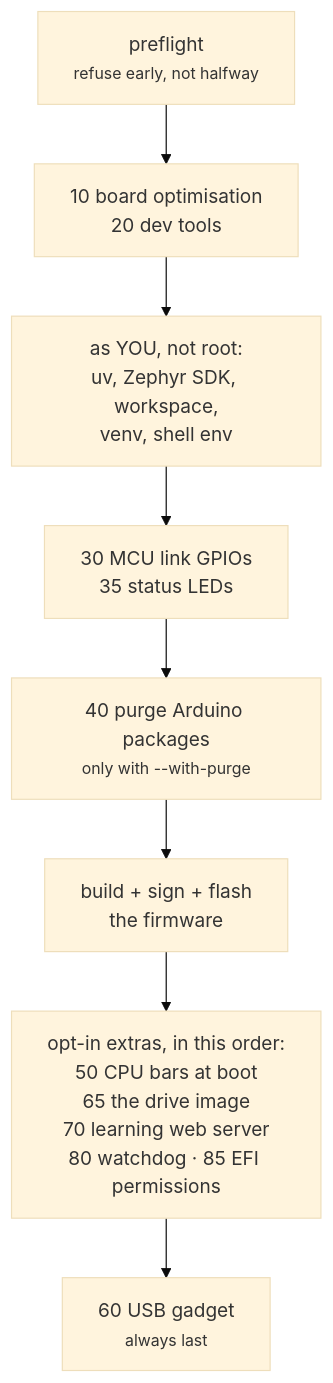
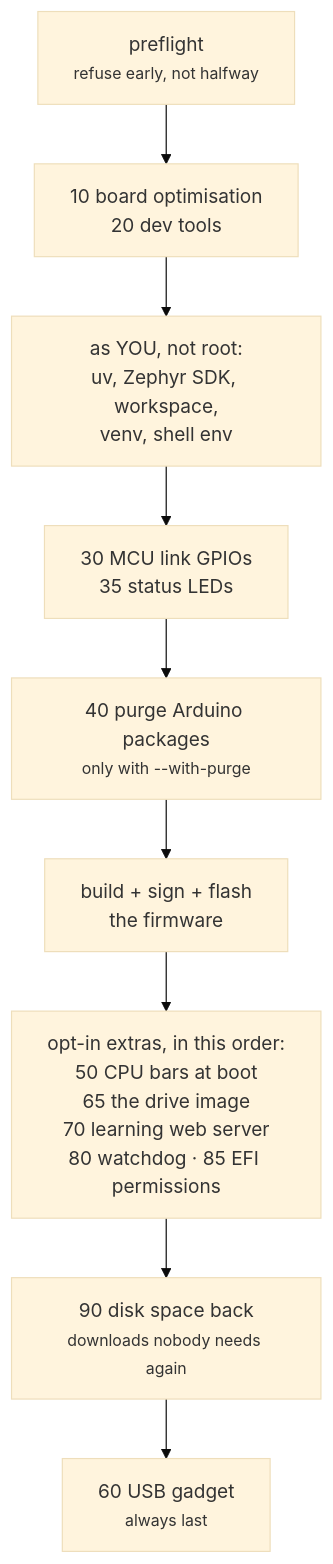
One commit to jim-wyatt/two-computers-one-board changed the diagram in docs/learn/from-factory-to-this.md. Above: the diagram before and after it, drawn with Mermaid (base theme). The commit also changed other lines of this file and 26 other files, not shown here.

````diff
--- a/docs/learn/from-factory-to-this.md
+++ b/docs/learn/from-factory-to-this.md
@@ -88,10 +88,11 @@
 ```mermaid
 flowchart TD
   P["preflight<br/><small>refuse early, not halfway</small>"] --> R1["10 board optimisation<br/>20 dev tools"]
   R1 --> U["as YOU, not root:<br/>uv, Zephyr SDK, workspace,<br/>venv, shell env"]
   U --> R3["30 MCU link GPIOs<br/>35 status LEDs"]
   R3 --> E4["40 purge Arduino packages<br/><small>only with --with-purge</small>"]
   E4 --> B["build + sign + flash<br/>the firmware"]
   B --> O["opt-in extras, in this order:<br/>50 CPU bars at boot<br/>65 the drive image<br/>70 learning web server<br/>80 watchdog · 85 EFI permissions"]
-  O --> E2["60 USB gadget<br/><small>always last</small>"]
+  O --> C["90 disk space back<br/><small>downloads nobody needs again</small>"]
+  C --> E2["60 USB gadget<br/><small>always last</small>"]
 ```
````
